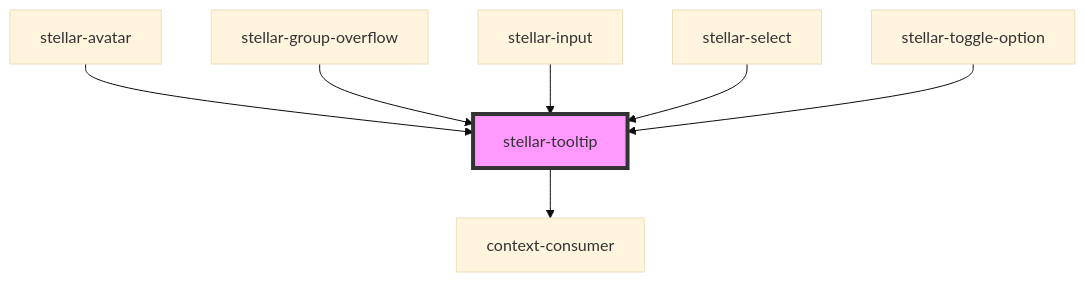
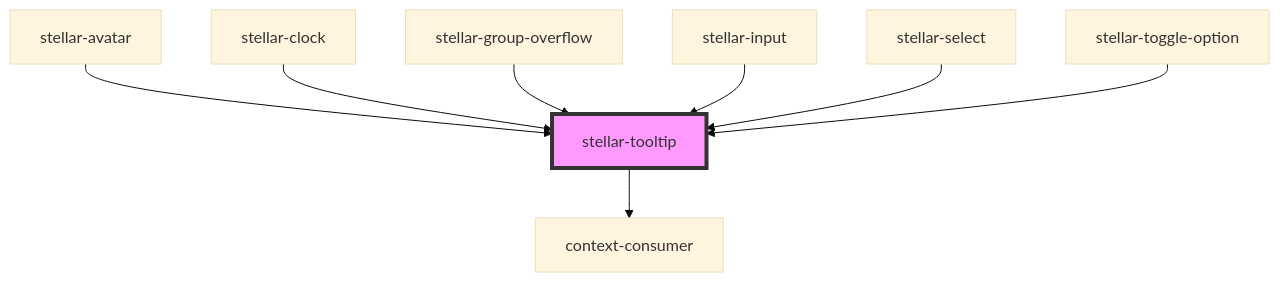
One commit to splitinfinities/Stellar changed the diagram in src/components/ui/tooltip/readme.md. Above: the diagram before and after it, drawn with Mermaid (base theme). The commit also changed other lines of this file and 22 other files, not shown here.

````diff
--- a/src/components/ui/tooltip/readme.md
+++ b/src/components/ui/tooltip/readme.md
@@ -135,10 +136,11 @@
 ```mermaid
 graph TD;
   stellar-tooltip --> context-consumer
   stellar-avatar --> stellar-tooltip
+  stellar-clock --> stellar-tooltip
   stellar-group-overflow --> stellar-tooltip
   stellar-input --> stellar-tooltip
   stellar-select --> stellar-tooltip
   stellar-toggle-option --> stellar-tooltip
   style stellar-tooltip fill:#f9f,stroke:#333,stroke-width:4px
 ```
````
